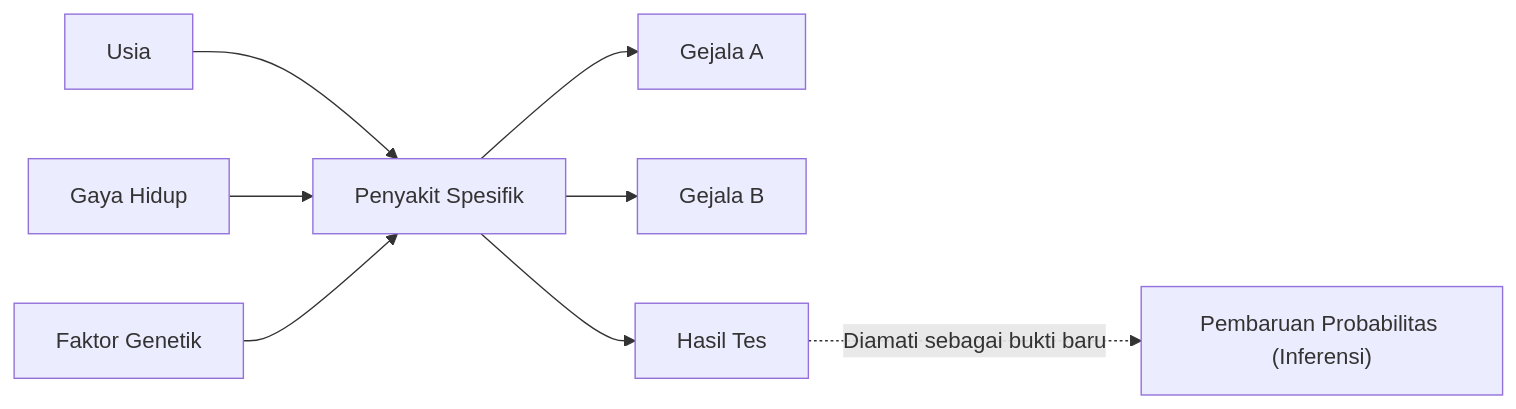
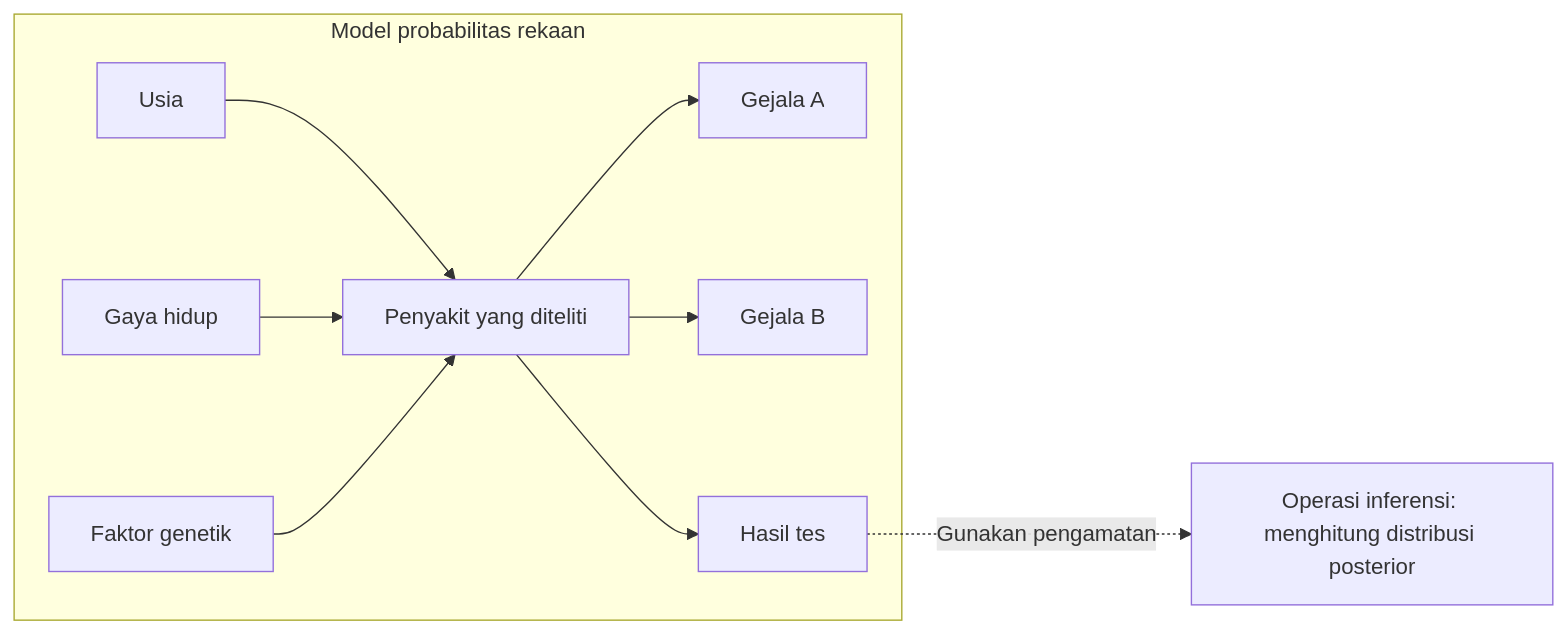
One commit to kenjinote/blog changed the second of 2 diagrams in content/post/bayes-theorem/index.id.md. Above: the diagram before and after it, drawn with Mermaid. The commit also changed other lines of this file and 10 other files, not shown here.

````diff
--- a/content/post/bayes-theorem/index.id.md
+++ b/content/post/bayes-theorem/index.id.md
@@ -116,12 +161,12 @@
 ```mermaid
 flowchart LR
-    Age["Usia"] --> Disease["Penyakit Spesifik"]
-    Lifestyle["Gaya Hidup"] --> Disease
-    Genes["Faktor Genetik"] --> Disease
-    
-    Disease --> SymptomA["Gejala A"]
-    Disease --> SymptomB["Gejala B"]
-    Disease --> TestResult["Hasil Tes"]
-    
-    TestResult -.->|"Diamati sebagai bukti baru"| Update["Pembaruan Probabilitas (Inferensi)"]
+    subgraph Model["Model probabilitas rekaan"]
+        Age["Usia"] --> Disease["Penyakit yang diteliti"]
+        Lifestyle["Gaya hidup"] --> Disease
+        Genes["Faktor genetik"] --> Disease
+        Disease --> SymptomA["Gejala A"]
+        Disease --> SymptomB["Gejala B"]
+        Disease --> TestResult["Hasil tes"]
+    end
+    TestResult -.->|"Gunakan pengamatan"| Inference["Operasi inferensi: menghitung distribusi posterior"]
 ```
````
